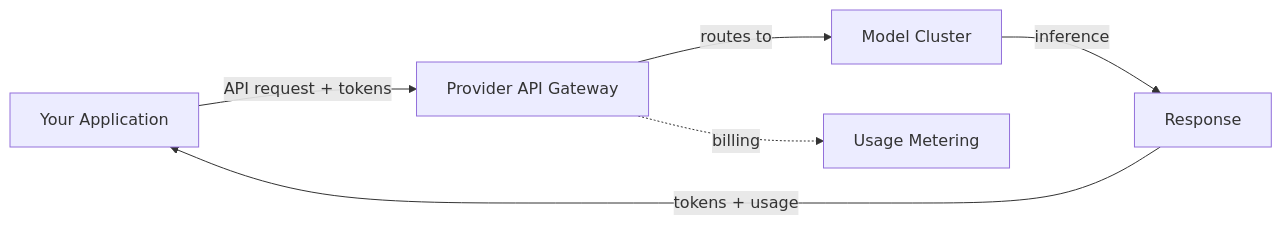
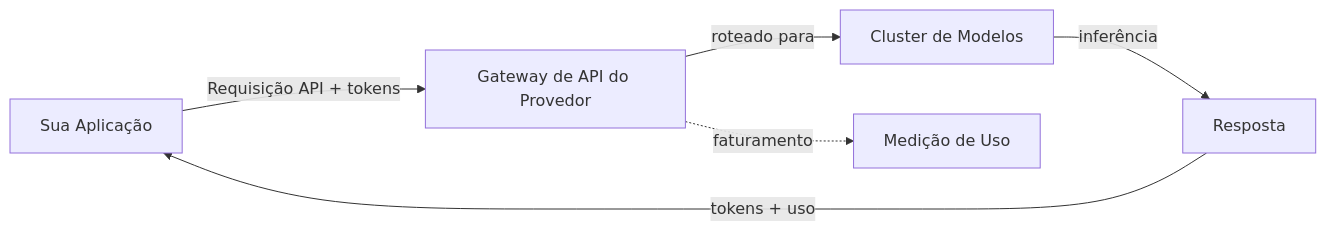
The first of 2 diagrams in next/content/docs/pt-BR/model-providers/index.mdx (EmersonBraun/ai-summary-hub), drawn with Mermaid before and after one commit. The commit also changed other lines of this file and 211 other files, not shown here.

````diff
--- a/next/content/docs/pt-BR/model-providers/index.mdx
+++ b/next/content/docs/pt-BR/model-providers/index.mdx
@@ -26,8 +24,8 @@
 ```mermaid
 flowchart LR
-  App[Your Application] -->|API request + tokens| GW[Provider API Gateway]
-  GW -->|routes to| M[Model Cluster]
-  M -->|inference| R[Response]
-  R -->|tokens + usage| App
-  GW -.->|billing| B[Usage Metering]
+  App[Sua Aplicação] -->|Requisição API + tokens| GW[Gateway de API do Provedor]
+  GW -->|roteado para| M[Cluster de Modelos]
+  M -->|inferência| R[Resposta]
+  R -->|tokens + uso| App
+  GW -.->|faturamento| B[Medição de Uso]
 ```
````
